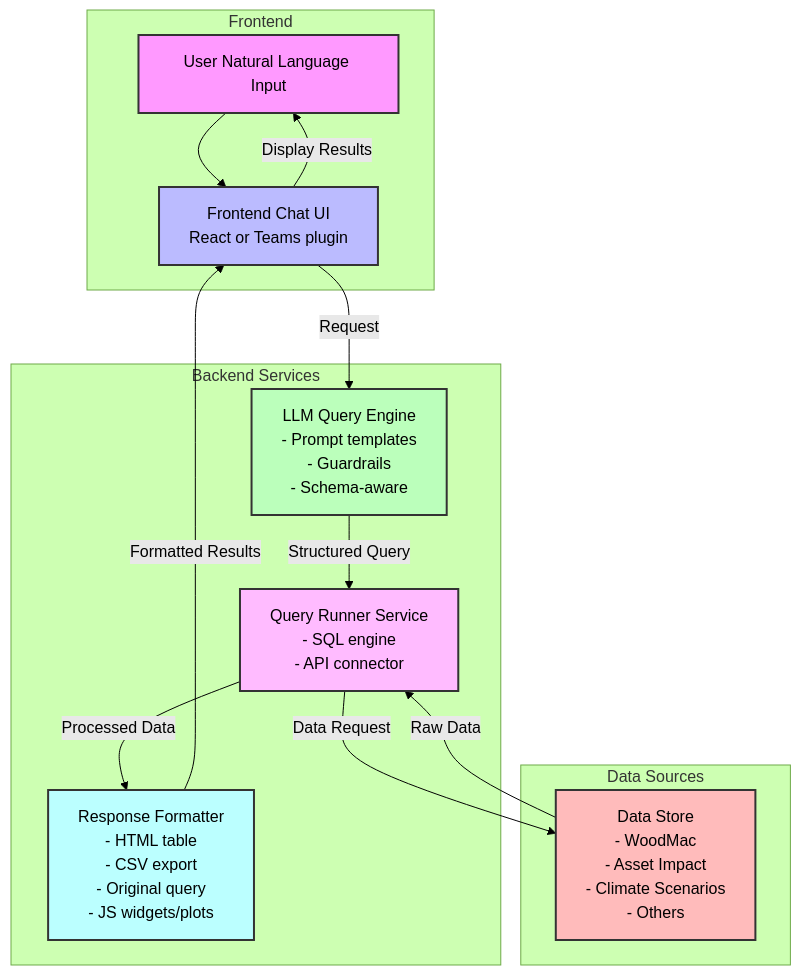
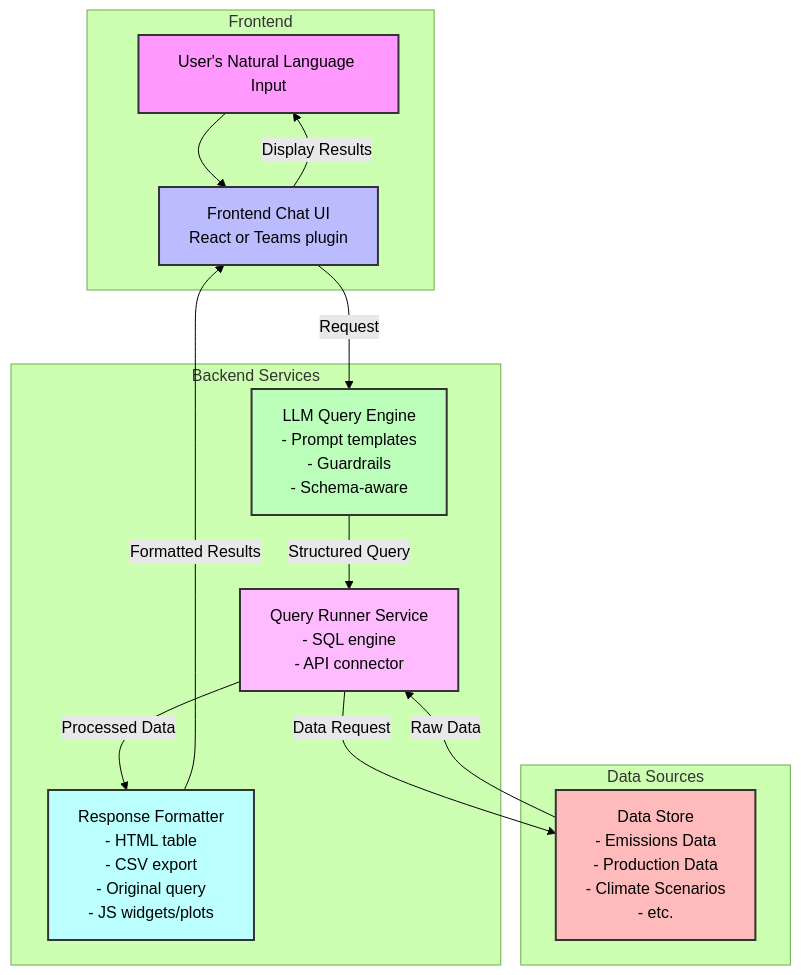
One commit to jdhoffa/lucidata changed the diagram in README.md. Above: the diagram before and after it, drawn with Mermaid (forest theme).

Commit message:
use generic data sources

````diff
--- a/README.md
+++ b/README.md
@@ -45,33 +45,33 @@
 ```mermaid
 graph TD
-    A[User Natural Language Input] --> B[Frontend Chat UI]
+    A[User's Natural Language Input] --> B[Frontend Chat UI]
     B --> |Request| C[LLM Query Engine]
     C --> |Structured Query| D[Query Runner Service]
     D --> |Data Request| E[Data Store]
     E --> |Raw Data| D
     D --> |Processed Data| F[Response Formatter]
     F --> |Formatted Results| B
     B --> |Display Results| A
 
     style A fill:#f9f,stroke:#333,stroke-width:2px,color:#000
     style B fill:#bbf,stroke:#333,stroke-width:2px,color:#000
     style C fill:#bfb,stroke:#333,stroke-width:2px,color:#000
     style D fill:#fbf,stroke:#333,stroke-width:2px,color:#000
     style E fill:#fbb,stroke:#333,stroke-width:2px,color:#000
     style F fill:#bff,stroke:#333,stroke-width:2px,color:#000
 
     subgraph "Frontend"
         A
         B[Frontend Chat UI<br>React or Teams plugin]
     end
 
     subgraph "Backend Services"
         C[LLM Query Engine<br>- Prompt templates<br>- Guardrails<br>- Schema-aware]
         D[Query Runner Service<br>- SQL engine <br>- API connector]
         F[Response Formatter<br>- HTML table<br>- CSV export<br>- Original query<br>- JS widgets/plots]
     end
 
     subgraph "Data Sources"
-        E[Data Store<br>- WoodMac<br>- Asset Impact<br>- Climate Scenarios <br>- Others]
+        E[Data Store<br>- Emissions Data<br>- Production Data<br>- Climate Scenarios <br>- etc.]
     end
 ```
````
